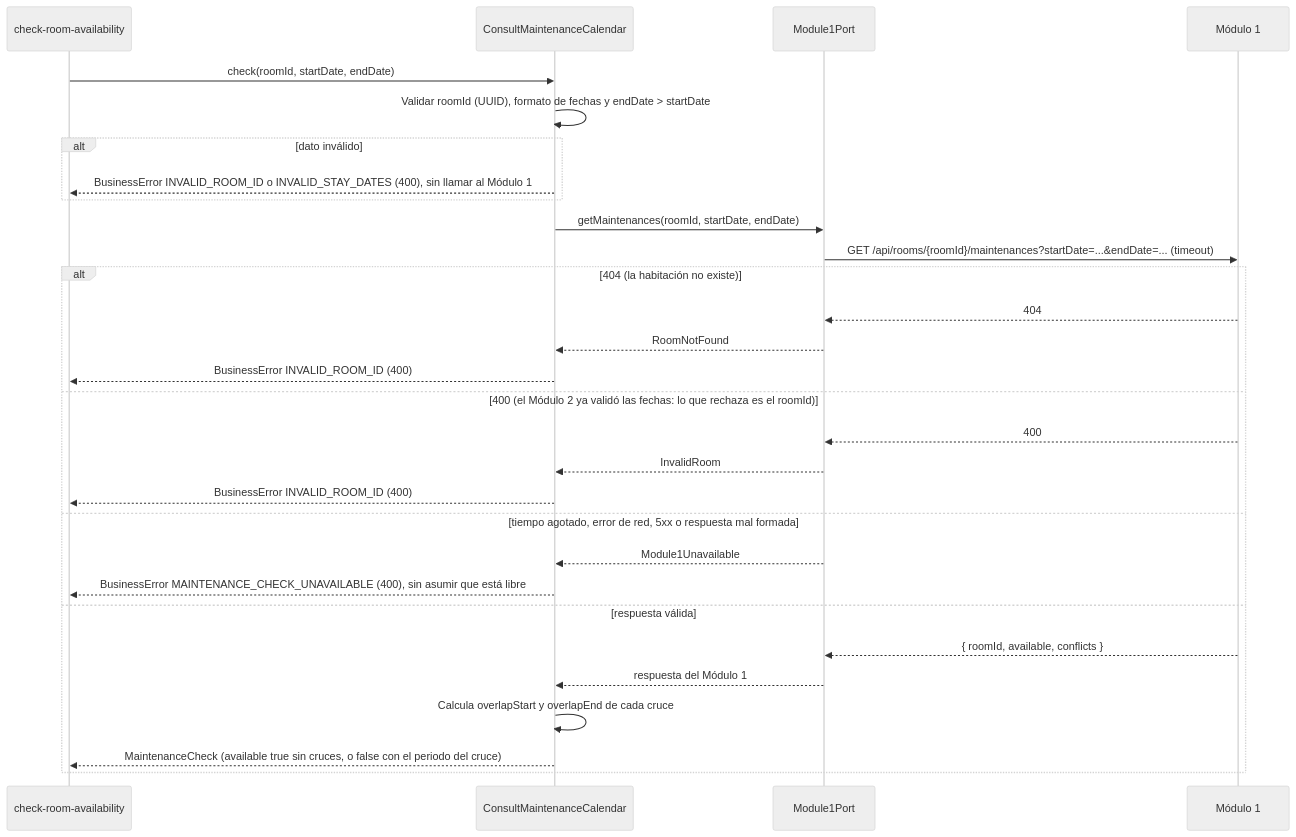
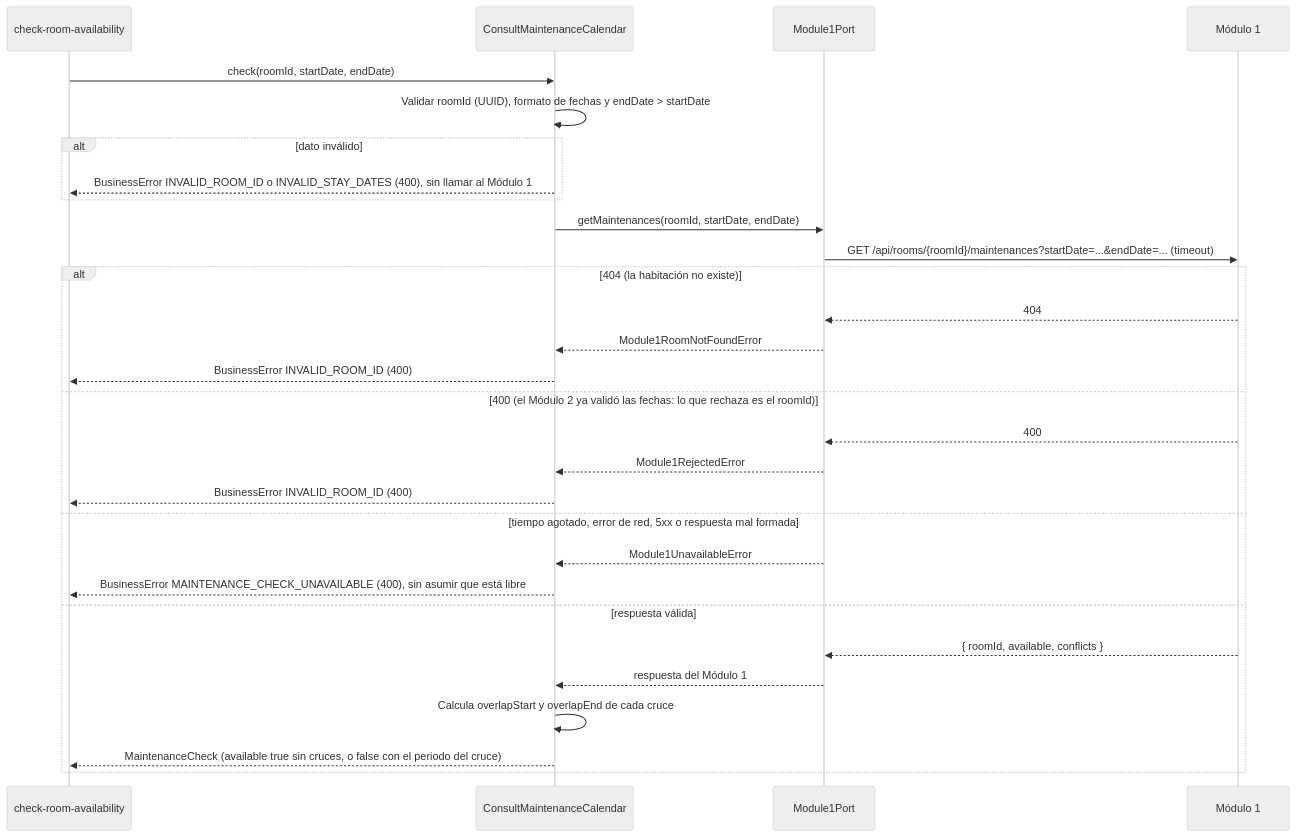
One commit to Lapicero312-lapi/HOSPITUA-MOD-2 changed the first of 2 diagrams in specs/consult-maintenance-calendar/plan.md. Above: the diagram before and after it, drawn with Mermaid (neutral theme). The commit also changed other lines of this file, not shown here.

Commit message:
docs(specs): D1 y D2 usan los nombres reales de los errores de Module1Port (tarea #61)
Los diagramas decían RoomNotFound, InvalidRoom y Module1Unavailable, que no existen en el código. El
puerto (hecho en la base, T012) lanza Module1RoomNotFoundError, Module1RejectedError y
Module1UnavailableError; un 400 es Module1RejectedError porque el puerto lo comparte también
consult-room-inventory. Solo cambian los nombres (acuerdo 3 del equipo).

Claude-Session: https://claude.ai/code/session_01Neu5RhQBiJXvczpe6oHo6S

````diff
--- a/specs/consult-maintenance-calendar/plan.md
+++ b/specs/consult-maintenance-calendar/plan.md
@@ -153,32 +153,32 @@
 ```mermaid
 sequenceDiagram
     participant V as check-room-availability
     participant U as ConsultMaintenanceCalendar
     participant P as Module1Port
     participant M1 as Módulo 1
 
     V->>U: check(roomId, startDate, endDate)
     U->>U: Validar roomId (UUID), formato de fechas y endDate > startDate
     alt dato inválido
         U-->>V: BusinessError INVALID_ROOM_ID o INVALID_STAY_DATES (400), sin llamar al Módulo 1
     end
     U->>P: getMaintenances(roomId, startDate, endDate)
     P->>M1: GET /api/rooms/{roomId}/maintenances?startDate=...&endDate=... (timeout)
     alt 404 (la habitación no existe)
         M1-->>P: 404
-        P-->>U: RoomNotFound
+        P-->>U: Module1RoomNotFoundError
         U-->>V: BusinessError INVALID_ROOM_ID (400)
     else 400 (el Módulo 2 ya validó las fechas: lo que rechaza es el roomId)
         M1-->>P: 400
-        P-->>U: InvalidRoom
+        P-->>U: Module1RejectedError
         U-->>V: BusinessError INVALID_ROOM_ID (400)
     else tiempo agotado, error de red, 5xx o respuesta mal formada
-        P-->>U: Module1Unavailable
+        P-->>U: Module1UnavailableError
         U-->>V: BusinessError MAINTENANCE_CHECK_UNAVAILABLE (400), sin asumir que está libre
     else respuesta válida
         M1-->>P: { roomId, available, conflicts }
         P-->>U: respuesta del Módulo 1
         U->>U: Calcula overlapStart y overlapEnd de cada cruce
         U-->>V: MaintenanceCheck (available true sin cruces, o false con el periodo del cruce)
     end
 ```
````
